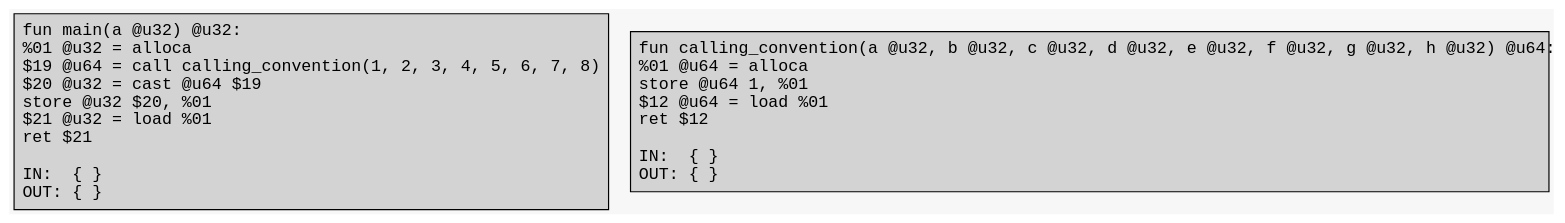
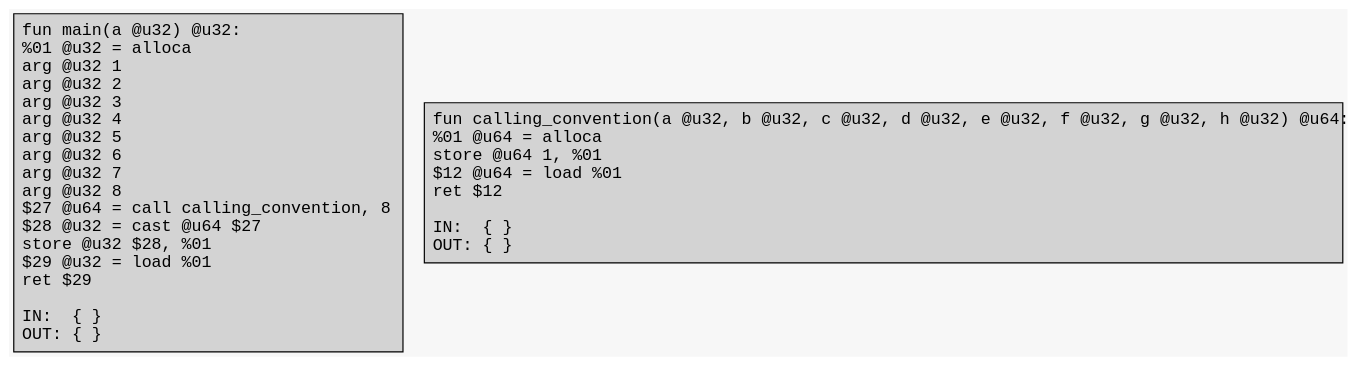
One commit to ArkoiSystems/arkoi_language changed the diagram in example/cc/cc.dot. Above: the diagram before and after it, drawn with Graphviz. The commit also changed 8 other files, not shown here.

First line of the commit message:
Add support for `il::Argument` instruction and adjust calling convention logic

```diff
--- a/example/cc/cc.dot
+++ b/example/cc/cc.dot
@@ -1,10 +1,10 @@
 digraph CFG {
 	graph [fontname = "Monospace"];
 	node  [fontname = "Monospace", shape=box, style=filled, margin=0.1];
 	edge  [fontname = "Monospace"];
 	bgcolor = "#f7f7f7";
 	splines = false;
 
-	L0 [label="fun main(a @u32) @u32:\l %01 @u32 = alloca\l $19 @u64 = call calling_convention(1, 2, 3, 4, 5, 6, 7, 8)\l $20 @u32 = cast @u64 $19\l store @u32 $20, %01\l $21 @u32 = load %01\l ret $21\l\lIN:  { }\lOUT: { }\l"];
+	L0 [label="fun main(a @u32) @u32:\l %01 @u32 = alloca\l arg @u32 1\l arg @u32 2\l arg @u32 3\l arg @u32 4\l arg @u32 5\l arg @u32 6\l arg @u32 7\l arg @u32 8\l $27 @u64 = call calling_convention, 8\l $28 @u32 = cast @u64 $27\l store @u32 $28, %01\l $29 @u32 = load %01\l ret $29\l\lIN:  { }\lOUT: { }\l"];
 	L2 [label="fun calling_convention(a @u32, b @u32, c @u32, d @u32, e @u32, f @u32, g @u32, h @u32) @u64:\l %01 @u64 = alloca\l store @u64 1, %01\l $12 @u64 = load %01\l ret $12\l\lIN:  { }\lOUT: { }\l"];
 }
```
